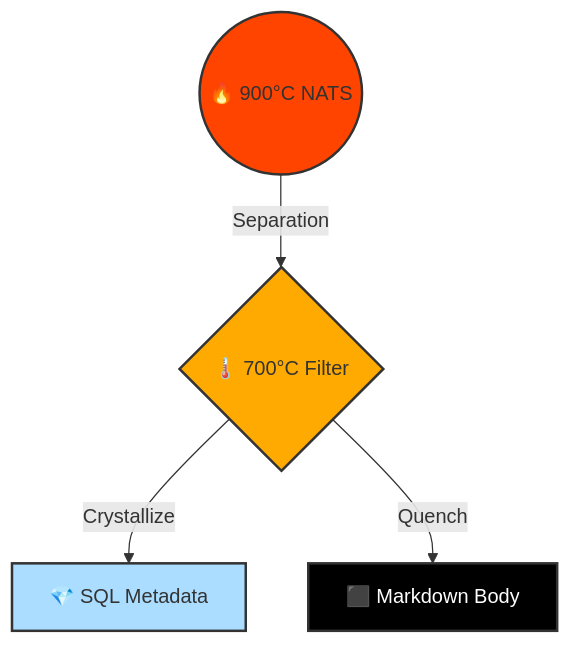
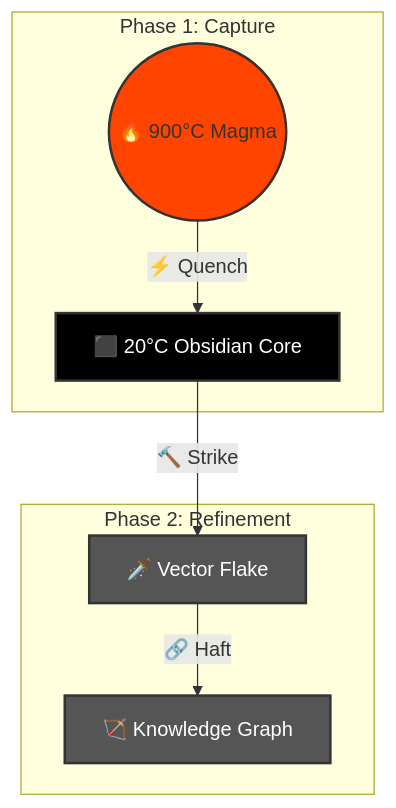
One commit to TTaoGaming/hfo_2025_11 changed the second of 3 diagrams in brain/design_obsidian_thermodynamics.md. Above: the diagram before and after it, drawn with Mermaid. The commit also changed other lines of this file and 1 other file, not shown here.

Commit message:
feat(brain): implement scientifically rigorous obsidian thermodynamics

````diff
--- a/brain/design_obsidian_thermodynamics.md
+++ b/brain/design_obsidian_thermodynamics.md
@@ -71,10 +51,14 @@
 ```mermaid
 graph TD
-    A((🔥 900°C NATS)) -->|Separation| B{🌡️ 700°C Filter}
-    B -->|Crystallize| C[💎 SQL Metadata]
-    B -->|Quench| D[⬛ Markdown Body]
+    subgraph THERMAL [Phase 1: Capture]
+        A((🔥 900°C Magma)) -->|⚡ Quench| B[⬛ 20°C Obsidian Core]
+    end
+    subgraph MECHANICAL [Phase 2: Refinement]
+        B -->|🔨 Strike| C[🗡️ Vector Flake]
+        C -->|🔗 Haft| D[🏹 Knowledge Graph]
+    end
     style A fill:#ff4400,stroke:#333,stroke-width:2px
-    style B fill:#ffaa00,stroke:#333,stroke-width:2px
-    style C fill:#aaddff,stroke:#333,stroke-width:2px
-    style D fill:#000000,stroke:#333,stroke-width:2px,color:#fff
+    style B fill:#000000,stroke:#333,stroke-width:2px,color:#fff
+    style C fill:#555,stroke:#333,stroke-width:2px,color:#fff
+    style D fill:#555,stroke:#333,stroke-width:2px,color:#fff
 ```
````
